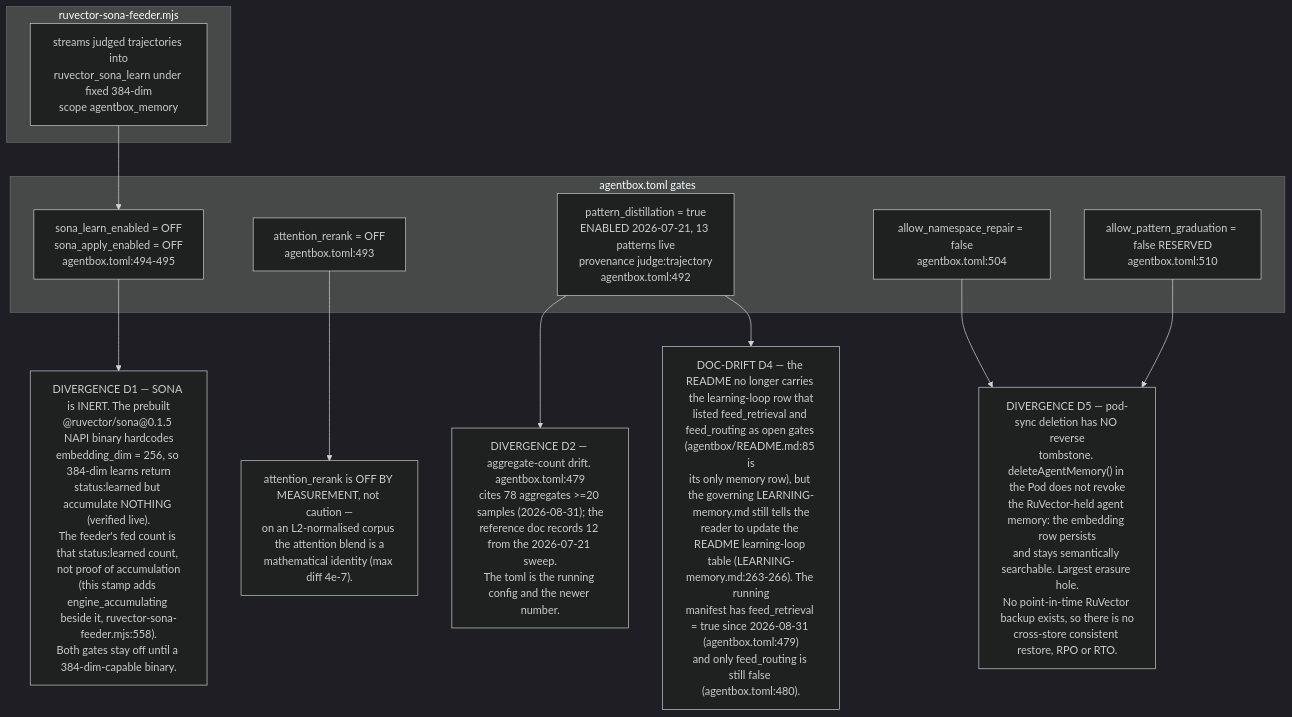
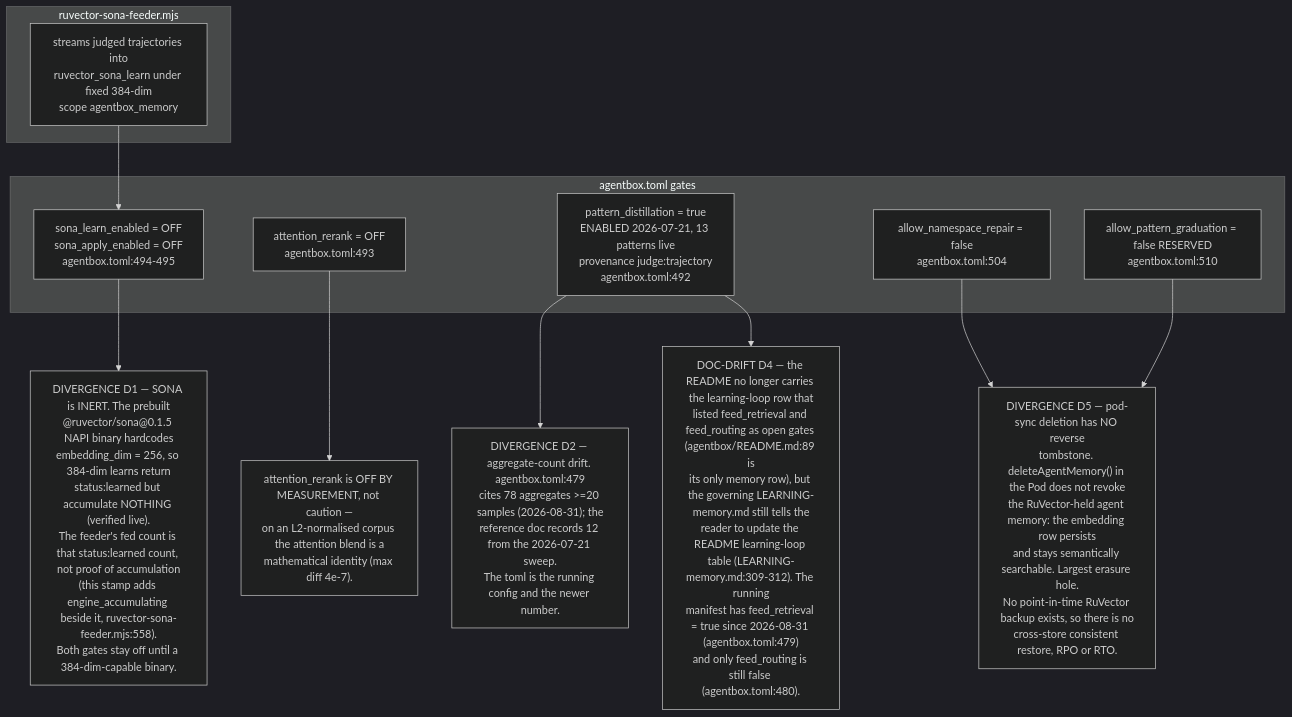
One commit to DreamLab-AI/VisionFlow changed the fifth of 7 diagrams in docs/diagrams/estate/07-memory-and-embedding-estate.md. Above: the diagram before and after it, drawn with Mermaid (dark theme). The commit also changed other lines of this file and 9 other files, not shown here.

````diff
--- a/docs/diagrams/estate/07-memory-and-embedding-estate.md
+++ b/docs/diagrams/estate/07-memory-and-embedding-estate.md
@@ -171,26 +173,26 @@
 ```mermaid
 flowchart TB
     subgraph feeder["ruvector-sona-feeder.mjs"]
         F1["streams judged trajectories into<br/>ruvector_sona_learn under fixed 384-dim<br/>scope agentbox_memory"]
     end
     subgraph gates["agentbox.toml gates"]
         G1["sona_learn_enabled = OFF<br/>sona_apply_enabled = OFF<br/>agentbox.toml:494-495"]
         G2["attention_rerank = OFF<br/>agentbox.toml:493"]
         G3["pattern_distillation = true<br/>ENABLED 2026-07-21, 13 patterns live<br/>provenance judge:trajectory<br/>agentbox.toml:492"]
         G4["allow_namespace_repair = false<br/>agentbox.toml:504"]
         G5["allow_pattern_graduation = false RESERVED<br/>agentbox.toml:510"]
     end
     D1["DIVERGENCE D1 — SONA is INERT. The prebuilt<br/>@ruvector/sona@0.1.5 NAPI binary hardcodes<br/>embedding_dim = 256, so 384-dim learns return<br/>status:learned but accumulate NOTHING (verified live).<br/>The feeder's fed count is that status:learned count, not proof of accumulation<br/>(this stamp adds engine_accumulating beside it, ruvector-sona-feeder.mjs:558).<br/>Both gates stay off until a 384-dim-capable binary."]
     D1B["attention_rerank is OFF BY MEASUREMENT, not caution —<br/>on an L2-normalised corpus the attention blend is a<br/>mathematical identity (max diff 4e-7)."]
     D2["DIVERGENCE D2 — aggregate-count drift. agentbox.toml:479<br/>cites 78 aggregates >=20 samples (2026-08-31); the<br/>reference doc records 12 from the 2026-07-21 sweep.<br/>The toml is the running config and the newer number."]
-    D4["DOC-DRIFT D4 — the README no longer carries the learning-loop row that<br/>listed feed_retrieval and feed_routing as open gates (agentbox/README.md:85 is<br/>its only memory row), but the governing LEARNING-memory.md still tells the<br/>reader to update the README learning-loop table (LEARNING-memory.md:263-266). The running<br/>manifest has feed_retrieval = true since 2026-08-31 (agentbox.toml:479)<br/>and only feed_routing is still false (agentbox.toml:480)."]
+    D4["DOC-DRIFT D4 — the README no longer carries the learning-loop row that<br/>listed feed_retrieval and feed_routing as open gates (agentbox/README.md:89 is<br/>its only memory row), but the governing LEARNING-memory.md still tells the<br/>reader to update the README learning-loop table (LEARNING-memory.md:309-312). The running<br/>manifest has feed_retrieval = true since 2026-08-31 (agentbox.toml:479)<br/>and only feed_routing is still false (agentbox.toml:480)."]
     D5["DIVERGENCE D5 — pod-sync deletion has NO reverse<br/>tombstone. deleteAgentMemory() in the Pod does not revoke<br/>the RuVector-held agent memory: the embedding row persists<br/>and stays semantically searchable. Largest erasure hole.<br/>No point-in-time RuVector backup exists, so there is no<br/>cross-store consistent restore, RPO or RTO."]
 
     F1 --> G1
     G1 --> D1
     G2 --> D1B
     G3 --> D2
     G3 --> D4
     G4 --> D5
     G5 --> D5
 ```
````
